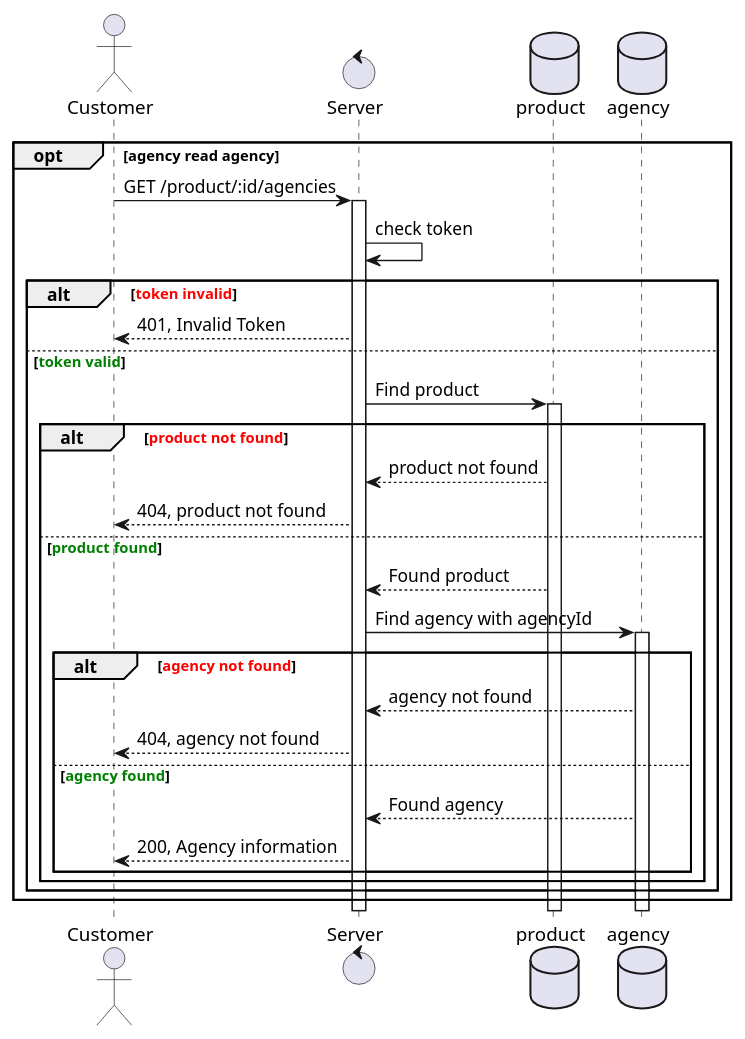
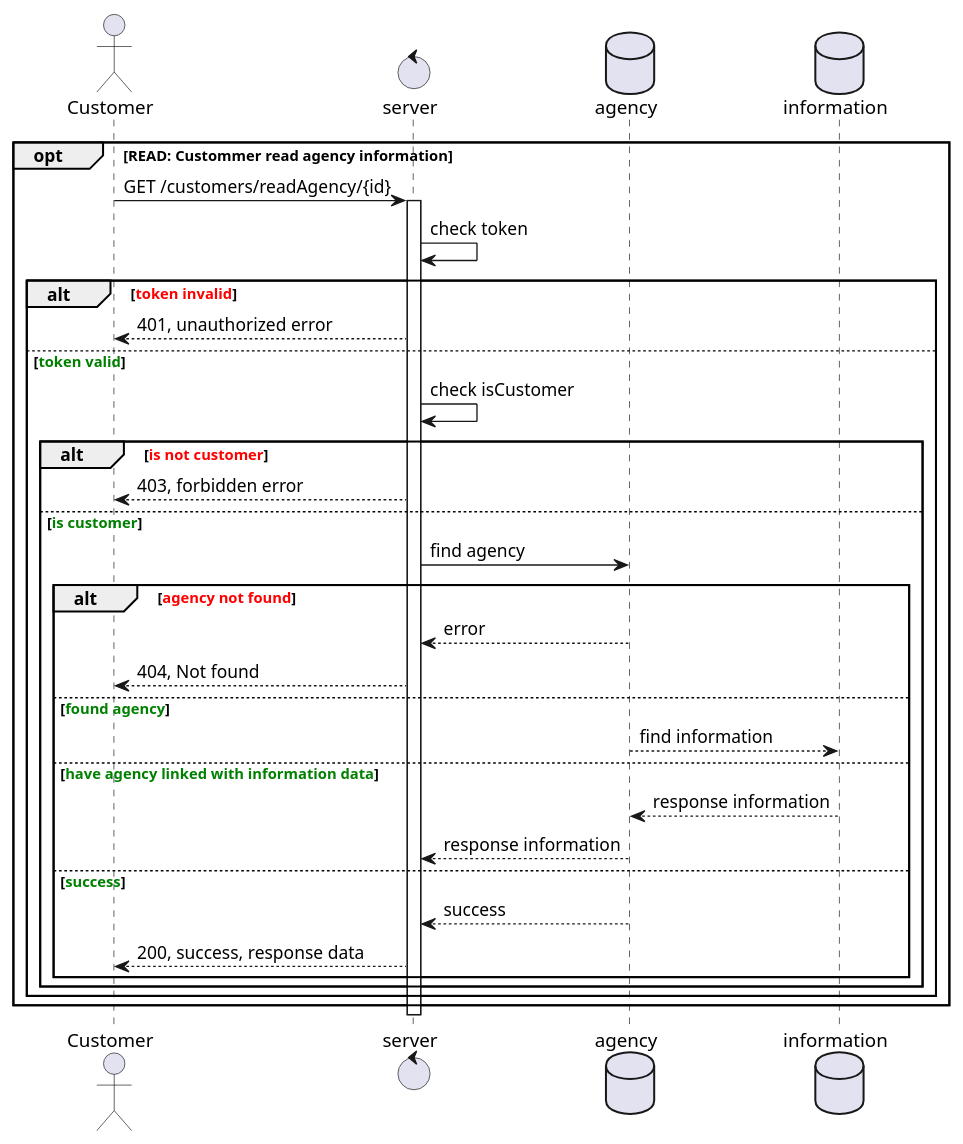
One commit to vuhoanganh1821/Backend_Test changed the diagram in e-commercial/docs/sequence-diagram/customer/readAgencyInfo.plantuml. Above: the diagram before and after it, drawn with PlantUML. The commit also changed 20 other files, not shown here.

Commit message:
BE-04 | improve sequence diagram

```diff
--- a/e-commercial/docs/sequence-diagram/customer/readAgencyInfo.plantuml
+++ b/e-commercial/docs/sequence-diagram/customer/readAgencyInfo.plantuml
@@ -1,35 +1,38 @@
-@startuml customer read agency information
+@startuml read agency information customer sequence
 
-actor Customer
-control Server
-database product
+actor Customer 
+control server
 database agency
+database information
 
-opt agency read agency
-  Customer -> Server: GET /product/:id/agencies
-  activate Server
-  Server -> Server: check token
-  alt <font color="Red">token invalid</font>
-    Customer <-- Server: 401, Invalid Token
-  else <font color="Green">token valid</font>
-    Server -> product: Find product
-    activate product
-    alt <font color="Red">product not found</font>
-      Server <-- product: product not found
-      Customer <-- Server: 404, product not found
-    else <font color="Green">product found</font>
-    Server <-- product: Found product
-    Server -> agency: Find agency with agencyId
-      activate agency
-      alt <font color="Red">agency not found</font>
-        Server <-- agency: agency not found
-        Customer <-- Server: 404, agency not found
-      else <font color="Green">agency found</font>
-        Server <-- agency: Found agency
-        Customer <-- Server: 200, Agency information
+opt READ: Custommer read agency information
+  Customer -> server: GET /customers/readAgency/{id}
+  activate server
+  server -> server: check token
+  alt <font color=red>token invalid</font>
+    server --> Customer: 401, unauthorized error
+  else <font color=green>token valid</font>
+    server -> server: check isCustomer
+    alt <font color=red>is not customer</font>
+      server --> Customer: 403, forbidden error
+    else <font color=green>is customer</font>
+      server -> agency: find agency
+      alt <font color=red>agency not found</font>
+        agency --> server: error
+        server --> Customer: 404, Not found
+      else <font color=green>found agency</font>
+        agency --> information: find information
+      else <font color=green>have agency linked with information data</font>
+          information --> agency: response information
+          agency --> server: response information
+      else <font color=green>success</font>
+          agency --> server: success
+          server --> Customer: 200, success, response data
+        end
       end
     end
   end
-end
+    deactivate server
+
 
 @enduml
```
